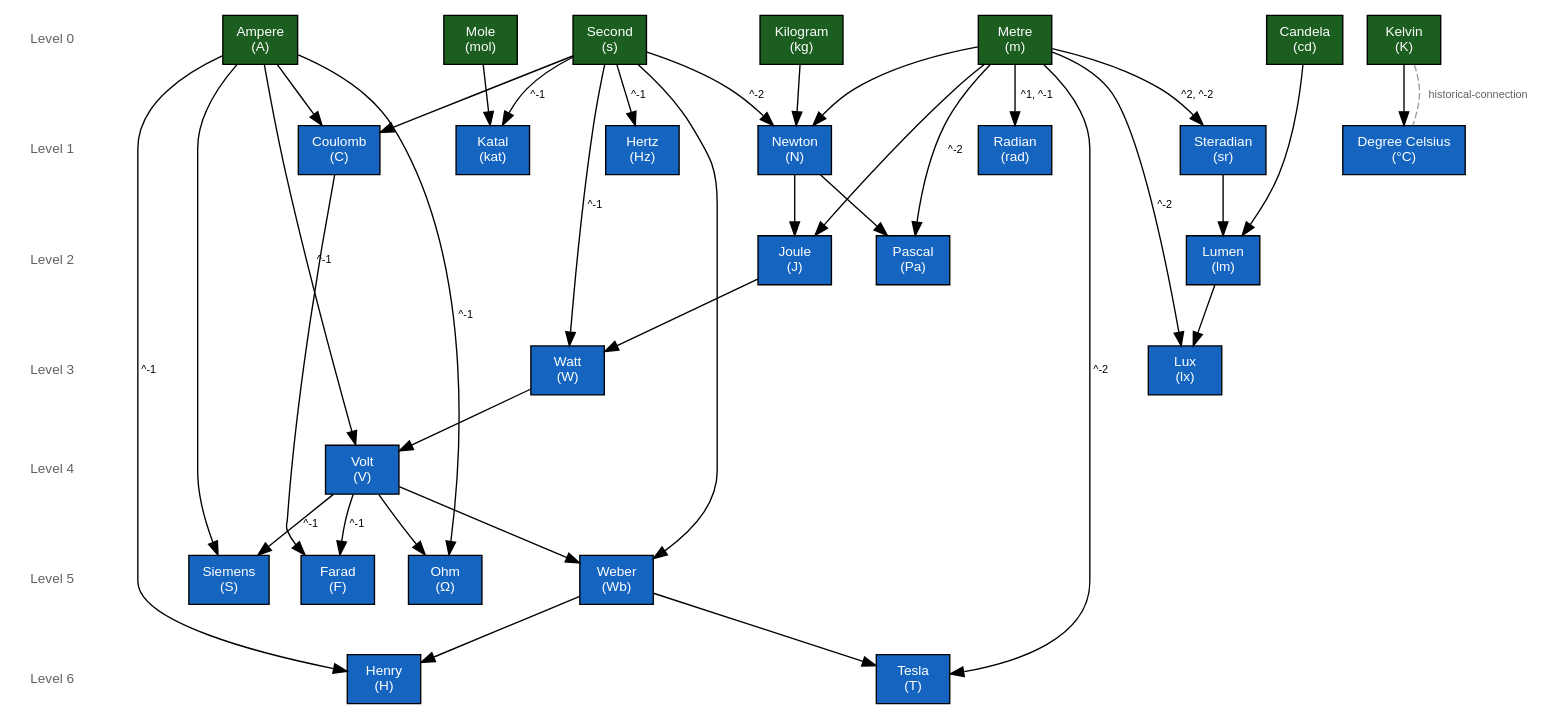
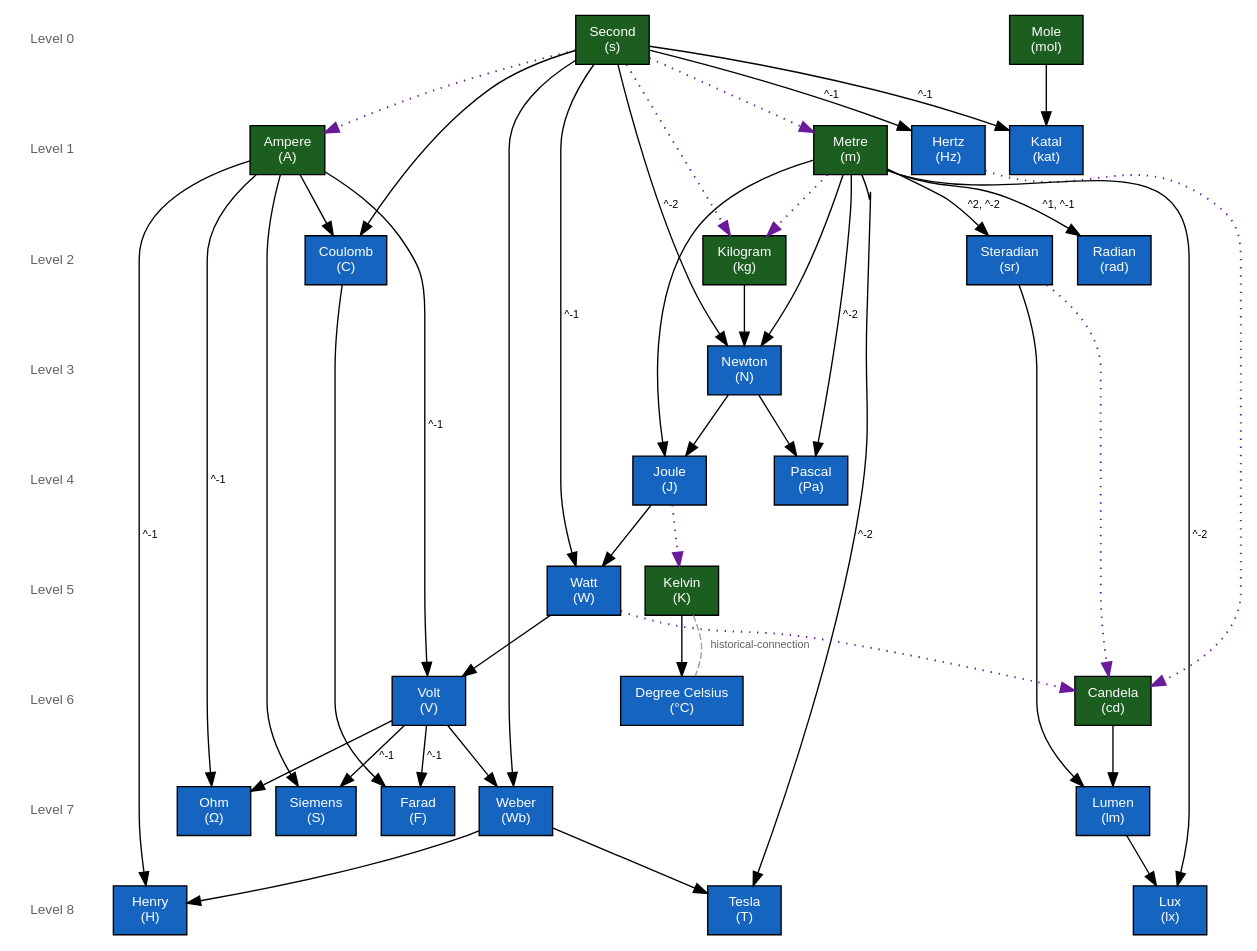
The diagram in output/graph.dot (ElliotScher/Metrology), drawn with Graphviz before and after one commit. The commit also changed 13 other files, not shown here.

```diff
--- a/output/graph.dot
+++ b/output/graph.dot
@@ -1,87 +1,101 @@
 digraph metrology {
   rankdir="TB";
   node [shape=box, style=filled, fontname="Helvetica", fontsize=10];
   edge [fontname="Helvetica", fontsize=8];
   "level-0" [label="Level 0", shape=plaintext, style="", fontcolor="#616161"];
   "level-1" [label="Level 1", shape=plaintext, style="", fontcolor="#616161"];
   "level-2" [label="Level 2", shape=plaintext, style="", fontcolor="#616161"];
   "level-3" [label="Level 3", shape=plaintext, style="", fontcolor="#616161"];
   "level-4" [label="Level 4", shape=plaintext, style="", fontcolor="#616161"];
   "level-5" [label="Level 5", shape=plaintext, style="", fontcolor="#616161"];
   "level-6" [label="Level 6", shape=plaintext, style="", fontcolor="#616161"];
+  "level-7" [label="Level 7", shape=plaintext, style="", fontcolor="#616161"];
+  "level-8" [label="Level 8", shape=plaintext, style="", fontcolor="#616161"];
   "level-0" -> "level-1" [style=invis, weight=100];
   "level-1" -> "level-2" [style=invis, weight=100];
   "level-2" -> "level-3" [style=invis, weight=100];
   "level-3" -> "level-4" [style=invis, weight=100];
   "level-4" -> "level-5" [style=invis, weight=100];
   "level-5" -> "level-6" [style=invis, weight=100];
+  "level-6" -> "level-7" [style=invis, weight=100];
+  "level-7" -> "level-8" [style=invis, weight=100];
   "ampere" [label="Ampere\n(A)", fillcolor="#1b5e20", fontcolor="white"];
   "candela" [label="Candela\n(cd)", fillcolor="#1b5e20", fontcolor="white"];
   "celsius" [label="Degree Celsius\n(°C)", fillcolor="#1565c0", fontcolor="white"];
   "coulomb" [label="Coulomb\n(C)", fillcolor="#1565c0", fontcolor="white"];
   "farad" [label="Farad\n(F)", fillcolor="#1565c0", fontcolor="white"];
   "henry" [label="Henry\n(H)", fillcolor="#1565c0", fontcolor="white"];
   "hertz" [label="Hertz\n(Hz)", fillcolor="#1565c0", fontcolor="white"];
   "joule" [label="Joule\n(J)", fillcolor="#1565c0", fontcolor="white"];
   "katal" [label="Katal\n(kat)", fillcolor="#1565c0", fontcolor="white"];
   "kelvin" [label="Kelvin\n(K)", fillcolor="#1b5e20", fontcolor="white"];
   "kilogram" [label="Kilogram\n(kg)", fillcolor="#1b5e20", fontcolor="white"];
   "lumen" [label="Lumen\n(lm)", fillcolor="#1565c0", fontcolor="white"];
   "lux" [label="Lux\n(lx)", fillcolor="#1565c0", fontcolor="white"];
   "metre" [label="Metre\n(m)", fillcolor="#1b5e20", fontcolor="white"];
   "mole" [label="Mole\n(mol)", fillcolor="#1b5e20", fontcolor="white"];
   "newton" [label="Newton\n(N)", fillcolor="#1565c0", fontcolor="white"];
   "ohm" [label="Ohm\n(Ω)", fillcolor="#1565c0", fontcolor="white"];
   "pascal" [label="Pascal\n(Pa)", fillcolor="#1565c0", fontcolor="white"];
   "radian" [label="Radian\n(rad)", fillcolor="#1565c0", fontcolor="white"];
   "second" [label="Second\n(s)", fillcolor="#1b5e20", fontcolor="white"];
   "siemens" [label="Siemens\n(S)", fillcolor="#1565c0", fontcolor="white"];
   "steradian" [label="Steradian\n(sr)", fillcolor="#1565c0", fontcolor="white"];
   "tesla" [label="Tesla\n(T)", fillcolor="#1565c0", fontcolor="white"];
   "volt" [label="Volt\n(V)", fillcolor="#1565c0", fontcolor="white"];
   "watt" [label="Watt\n(W)", fillcolor="#1565c0", fontcolor="white"];
   "weber" [label="Weber\n(Wb)", fillcolor="#1565c0", fontcolor="white"];
-  { rank=same; "level-0"; "ampere"; "candela"; "kelvin"; "second"; "kilogram"; "metre"; "mole"; }
-  { rank=same; "level-1"; "celsius"; "coulomb"; "newton"; "hertz"; "katal"; "steradian"; "radian"; }
-  { rank=same; "level-2"; "joule"; "lumen"; "pascal"; }
-  { rank=same; "level-3"; "watt"; "lux"; }
-  { rank=same; "level-4"; "volt"; }
-  { rank=same; "level-5"; "farad"; "weber"; "ohm"; "siemens"; }
-  { rank=same; "level-6"; "henry"; "tesla"; }
+  { rank=same; "level-0"; "second"; "mole"; }
+  { rank=same; "level-1"; "ampere"; "hertz"; "metre"; "katal"; }
+  { rank=same; "level-2"; "kilogram"; "steradian"; "coulomb"; "radian"; }
+  { rank=same; "level-3"; "newton"; }
+  { rank=same; "level-4"; "joule"; "pascal"; }
+  { rank=same; "level-5"; "watt"; "kelvin"; }
+  { rank=same; "level-6"; "candela"; "celsius"; "volt"; }
+  { rank=same; "level-7"; "farad"; "weber"; "lumen"; "ohm"; "siemens"; }
+  { rank=same; "level-8"; "henry"; "lux"; "tesla"; }
+  "second" -> "ampere" [style=dotted, color="#6a1b9a", penwidth=1.4];
+  "hertz" -> "candela" [style=dotted, color="#6a1b9a", penwidth=1.4];
+  "watt" -> "candela" [style=dotted, color="#6a1b9a", penwidth=1.4];
+  "steradian" -> "candela" [style=dotted, color="#6a1b9a", penwidth=1.4];
   "kelvin" -> "celsius" [label=""];
   "ampere" -> "coulomb" [label=""];
   "second" -> "coulomb" [label=""];
   "coulomb" -> "farad" [label=""];
   "volt" -> "farad" [label="^-1"];
   "weber" -> "henry" [label=""];
   "ampere" -> "henry" [label="^-1"];
   "second" -> "hertz" [label="^-1"];
   "newton" -> "joule" [label=""];
   "metre" -> "joule" [label=""];
   "mole" -> "katal" [label=""];
   "second" -> "katal" [label="^-1"];
+  "joule" -> "kelvin" [style=dotted, color="#6a1b9a", penwidth=1.4];
+  "metre" -> "kilogram" [style=dotted, color="#6a1b9a", penwidth=1.4];
+  "second" -> "kilogram" [style=dotted, color="#6a1b9a", penwidth=1.4];
   "candela" -> "lumen" [label=""];
   "steradian" -> "lumen" [label=""];
   "lumen" -> "lux" [label=""];
   "metre" -> "lux" [label="^-2"];
+  "second" -> "metre" [style=dotted, color="#6a1b9a", penwidth=1.4];
   "kilogram" -> "newton" [label=""];
   "metre" -> "newton" [label=""];
   "second" -> "newton" [label="^-2"];
   "volt" -> "ohm" [label=""];
   "ampere" -> "ohm" [label="^-1"];
   "newton" -> "pascal" [label=""];
   "metre" -> "pascal" [label="^-2"];
   "metre" -> "radian" [label="^1, ^-1"];
   "ampere" -> "siemens" [label=""];
   "volt" -> "siemens" [label="^-1"];
   "metre" -> "steradian" [label="^2, ^-2"];
   "weber" -> "tesla" [label=""];
   "metre" -> "tesla" [label="^-2"];
   "watt" -> "volt" [label=""];
   "ampere" -> "volt" [label="^-1"];
   "joule" -> "watt" [label=""];
   "second" -> "watt" [label="^-1"];
   "volt" -> "weber" [label=""];
   "second" -> "weber" [label=""];
   "kelvin" -> "celsius" [dir=none, constraint=false, style=dashed, color="#9e9e9e", fontcolor="#616161", label="historical-connection"];
 }
```
